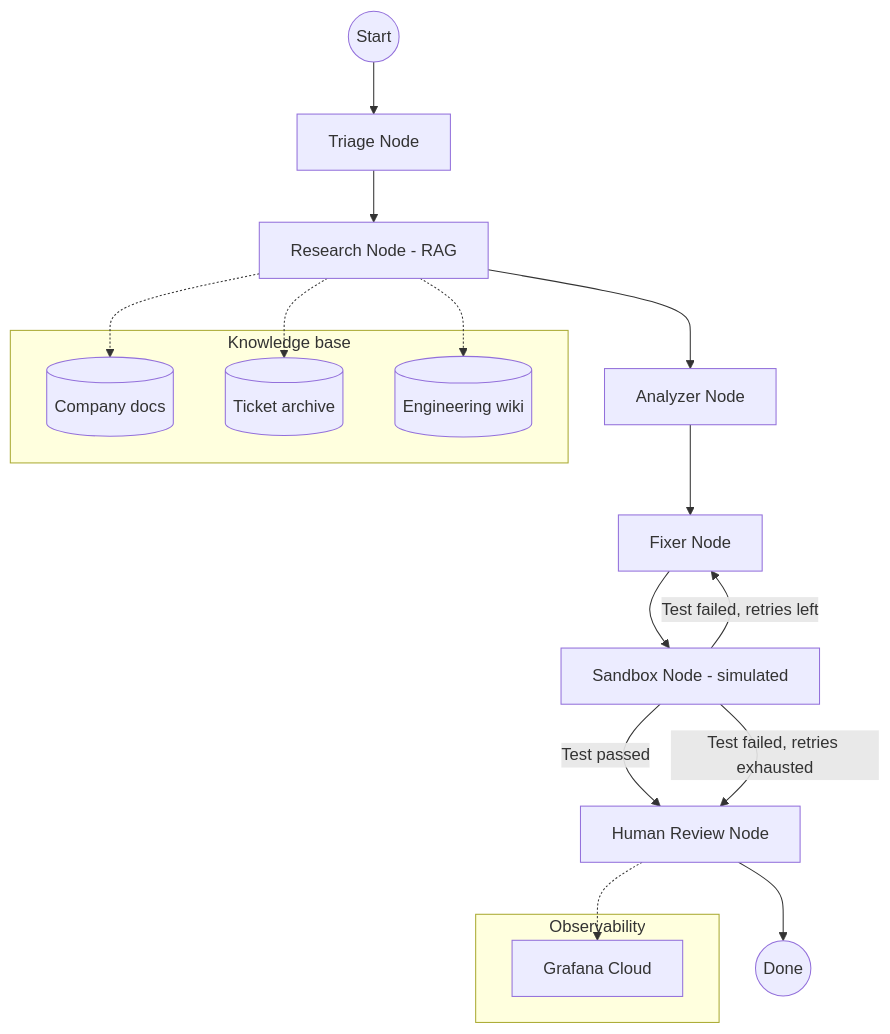
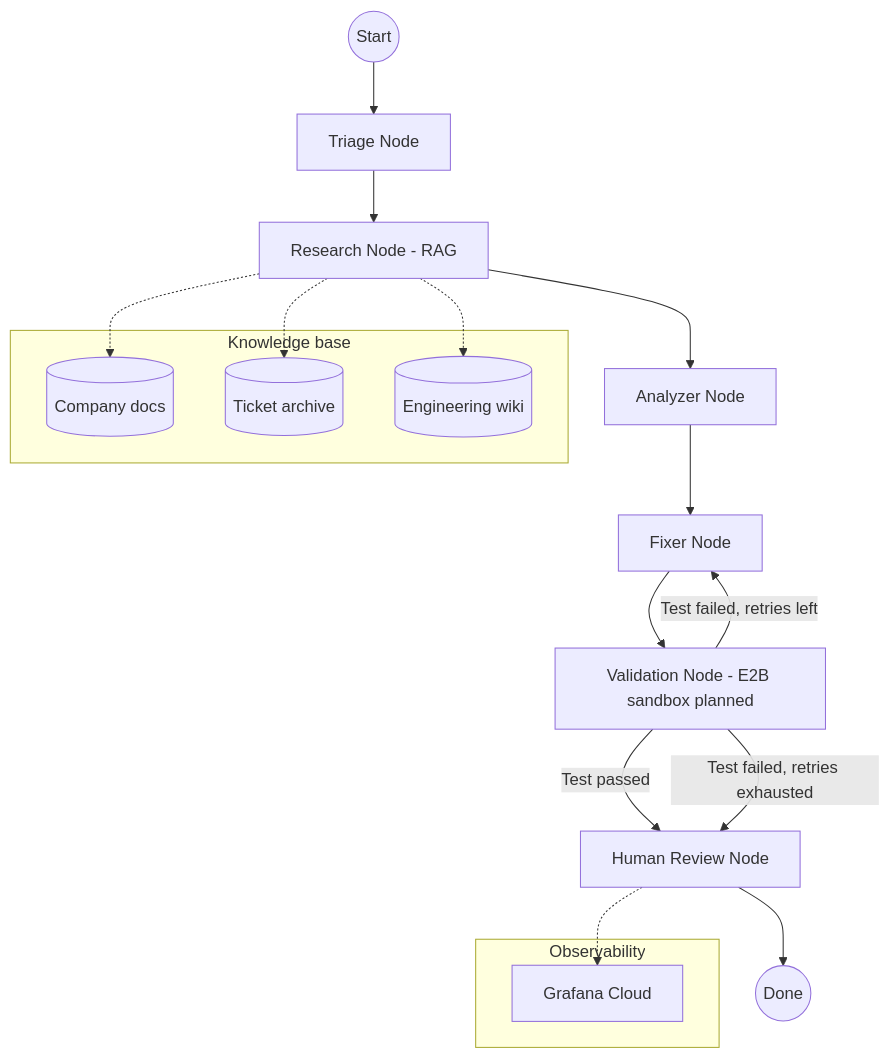
Before and after one commit to MuhammadAbbas01/Self_Healing_Customer_support_agent: the first of 3 diagrams in README.md, drawn with Mermaid. The commit also changed other lines of this file and 3 other files, not shown here.

Commit message:
Fix Mermaid END keyword in docs diagrams, clarify validation stage wording, add secret/startup probe/memory to K8s deployment

````diff
--- a/README.md
+++ b/README.md
@@ -27,28 +27,28 @@
 ```mermaid
 graph TD
     START((Start)) --> TRIAGE[Triage Node]
     TRIAGE --> RESEARCH[Research Node - RAG]
     RESEARCH --> ANALYZER[Analyzer Node]
     ANALYZER --> FIXER[Fixer Node]
-    FIXER --> SANDBOX[Sandbox Node - simulated]
+    FIXER --> SANDBOX[Validation Node - E2B sandbox planned]
     SANDBOX -- "Test passed" --> HUMAN_REVIEW[Human Review Node]
     SANDBOX -- "Test failed, retries left" --> FIXER
     SANDBOX -- "Test failed, retries exhausted" --> HUMAN_REVIEW
     HUMAN_REVIEW --> FINISH((Done))
 
     subgraph "Knowledge base"
         DOCS[(Company docs)]
         TICKETS[(Ticket archive)]
         WIKI[(Engineering wiki)]
     end
 
     RESEARCH -.-> DOCS
     RESEARCH -.-> TICKETS
     RESEARCH -.-> WIKI
 
     subgraph "Observability"
         GRAFANA[Grafana Cloud]
     end
 
     HUMAN_REVIEW -.-> GRAFANA
 ```
````
